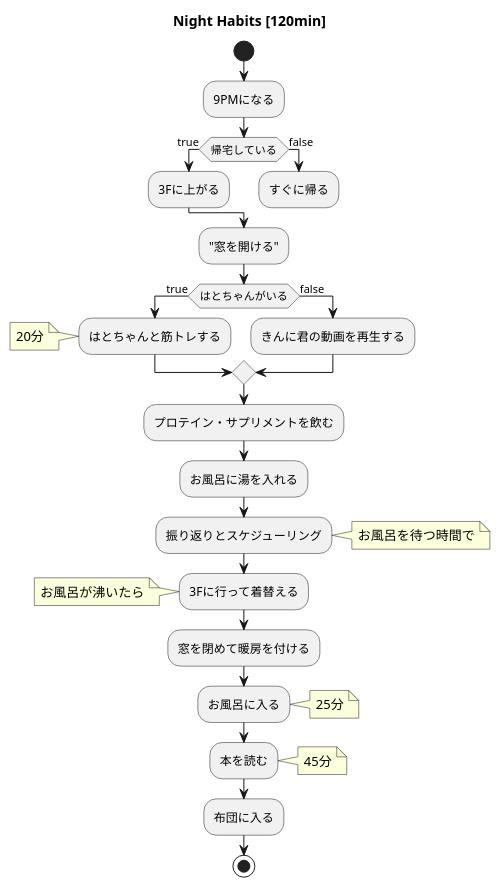
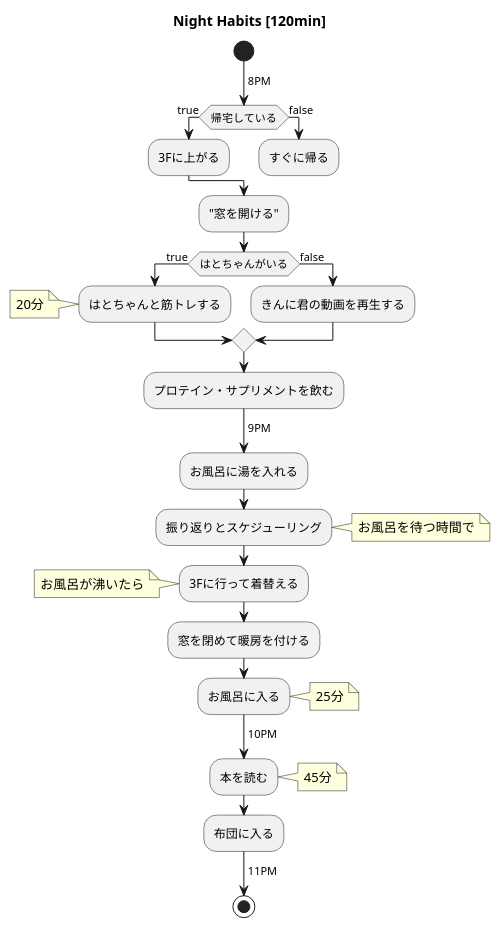
One commit to k3ntar0/life changed the diagram in habits/night_habits.pu. Above: the diagram before and after it, drawn with PlantUML. The commit also changed 8 other files, not shown here.

```diff
--- a/habits/night_habits.pu
+++ b/habits/night_habits.pu
@@ -1,31 +1,34 @@
 @startuml
 title Night Habits [120min]
 start
-:9PMになる;
+->8PM;
 if (帰宅している) then (true)
     :3Fに上がる;
 else (false)
     :すぐに帰る;
     kill
 endif
 :"窓を開ける";
 if (はとちゃんがいる) then (true)
     :はとちゃんと筋トレする;
     note left: 20分
 else (false)
     :きんに君の動画を再生する;
 endif
 :プロテイン・サプリメントを飲む;
+->9PM;
 :お風呂に湯を入れる;
 :振り返りとスケジューリング;
 note right: お風呂を待つ時間で
 :3Fに行って着替える;
 note left: お風呂が沸いたら
 :窓を閉めて暖房を付ける;
 :お風呂に入る;
 note right: 25分
+->10PM;
 :本を読む;
 note right: 45分
 :布団に入る;
+->11PM;
 stop
 @enduml
```
